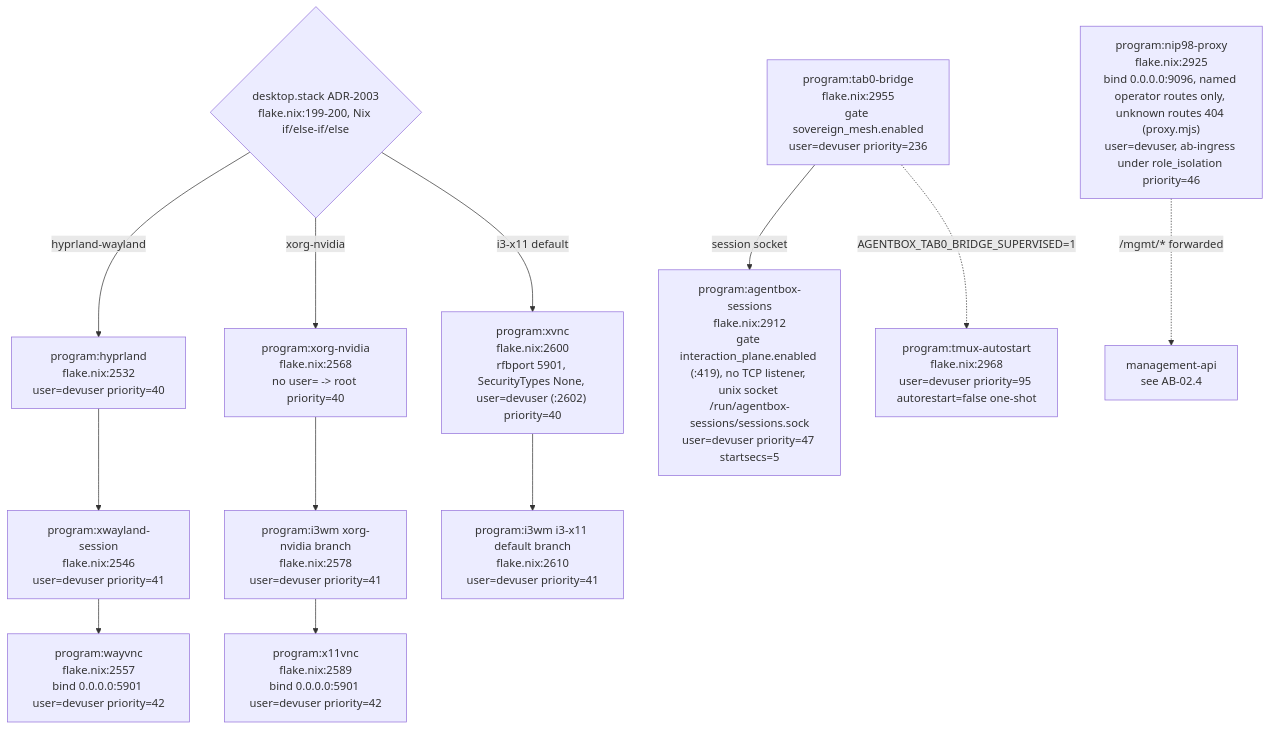
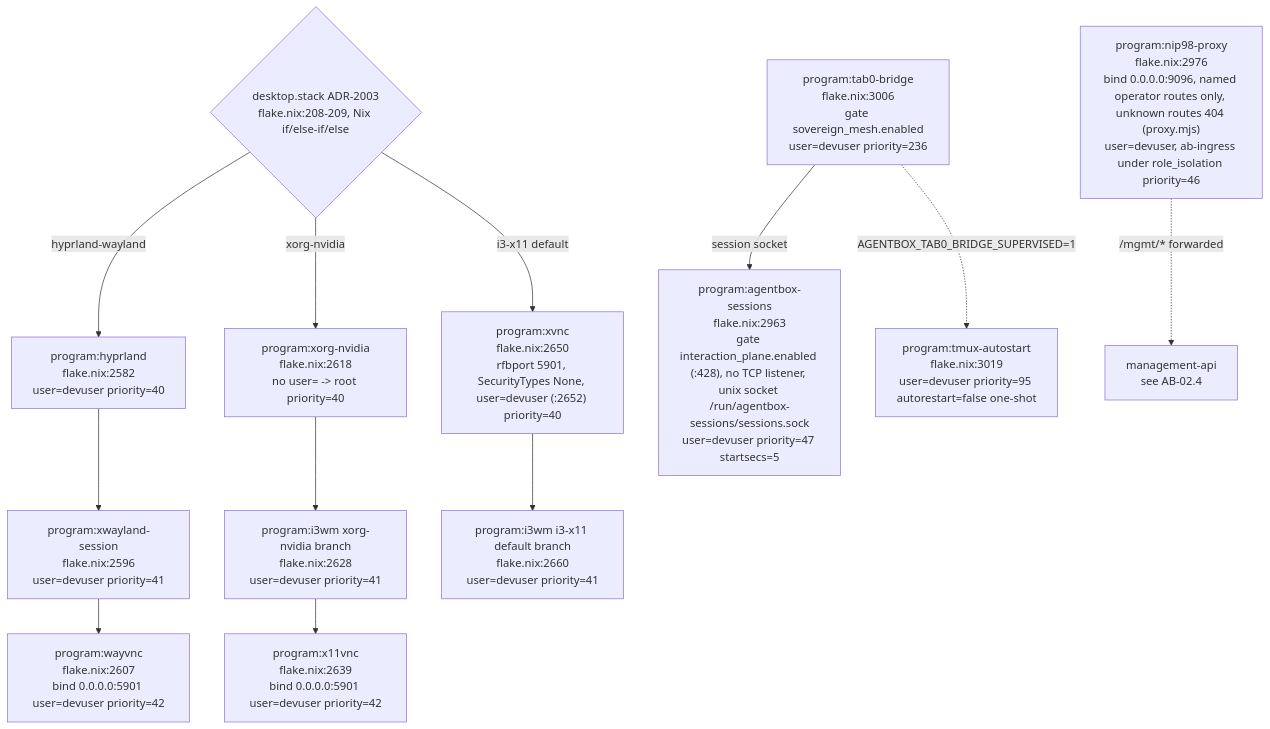
One commit to DreamLab-AI/VisionFlow changed the sixth of 21 diagrams in docs/diagrams/agentbox/02-boot-sequence-and-readiness.md. Above: the diagram before and after it, drawn with Mermaid. The commit also changed other lines of this file and 36 other files, not shown here.

First line of the commit message:
docs(diagrams): re-derive and re-stamp agentbox, dream-engine, visioncraft, visiontouch and vowl topics; drop LAN addresses

````diff
--- a/docs/diagrams/agentbox/02-boot-sequence-and-readiness.md
+++ b/docs/diagrams/agentbox/02-boot-sequence-and-readiness.md
@@ -333,23 +333,23 @@
 ```mermaid
 flowchart TB
-    GATESTACK{"desktop.stack ADR-2003<br/>flake.nix:199-200, Nix if/else-if/else"}
-    HYPR["program:hyprland<br/>flake.nix:2532<br/>user=devuser priority=40"]
-    XWAY["program:xwayland-session<br/>flake.nix:2546<br/>user=devuser priority=41"]
-    WAYVNC["program:wayvnc<br/>flake.nix:2557<br/>bind 0.0.0.0:5901 user=devuser priority=42"]
-    XORG["program:xorg-nvidia<br/>flake.nix:2568<br/>no user= -&gt; root priority=40"]
-    I3A["program:i3wm xorg-nvidia branch<br/>flake.nix:2578<br/>user=devuser priority=41"]
-    X11VNC["program:x11vnc<br/>flake.nix:2589<br/>bind 0.0.0.0:5901 user=devuser priority=42"]
-    XVNC["program:xvnc<br/>flake.nix:2600<br/>rfbport 5901, SecurityTypes None, user=devuser (:2602) priority=40"]
-    I3B["program:i3wm i3-x11 default branch<br/>flake.nix:2610<br/>user=devuser priority=41"]
-    SESS["program:agentbox-sessions<br/>flake.nix:2912<br/>gate interaction_plane.enabled (:419), no TCP listener, unix socket /run/agentbox-sessions/sessions.sock<br/>user=devuser priority=47 startsecs=5"]
-    NIP98["program:nip98-proxy<br/>flake.nix:2925<br/>bind 0.0.0.0:9096, named operator routes only, unknown routes 404 (proxy.mjs)<br/>user=devuser, ab-ingress under role_isolation priority=46"]
-    TAB0["program:tab0-bridge<br/>flake.nix:2955<br/>gate sovereign_mesh.enabled<br/>user=devuser priority=236"]
-    TMUX["program:tmux-autostart<br/>flake.nix:2968<br/>user=devuser priority=95 autorestart=false one-shot"]
+    GATESTACK{"desktop.stack ADR-2003<br/>flake.nix:208-209, Nix if/else-if/else"}
+    HYPR["program:hyprland<br/>flake.nix:2582<br/>user=devuser priority=40"]
+    XWAY["program:xwayland-session<br/>flake.nix:2596<br/>user=devuser priority=41"]
+    WAYVNC["program:wayvnc<br/>flake.nix:2607<br/>bind 0.0.0.0:5901 user=devuser priority=42"]
+    XORG["program:xorg-nvidia<br/>flake.nix:2618<br/>no user= -&gt; root priority=40"]
+    I3A["program:i3wm xorg-nvidia branch<br/>flake.nix:2628<br/>user=devuser priority=41"]
+    X11VNC["program:x11vnc<br/>flake.nix:2639<br/>bind 0.0.0.0:5901 user=devuser priority=42"]
+    XVNC["program:xvnc<br/>flake.nix:2650<br/>rfbport 5901, SecurityTypes None, user=devuser (:2652) priority=40"]
+    I3B["program:i3wm i3-x11 default branch<br/>flake.nix:2660<br/>user=devuser priority=41"]
+    SESS["program:agentbox-sessions<br/>flake.nix:2963<br/>gate interaction_plane.enabled (:428), no TCP listener, unix socket /run/agentbox-sessions/sessions.sock<br/>user=devuser priority=47 startsecs=5"]
+    NIP98["program:nip98-proxy<br/>flake.nix:2976<br/>bind 0.0.0.0:9096, named operator routes only, unknown routes 404 (proxy.mjs)<br/>user=devuser, ab-ingress under role_isolation priority=46"]
+    TAB0["program:tab0-bridge<br/>flake.nix:3006<br/>gate sovereign_mesh.enabled<br/>user=devuser priority=236"]
+    TMUX["program:tmux-autostart<br/>flake.nix:3019<br/>user=devuser priority=95 autorestart=false one-shot"]
 
     GATESTACK -->|"hyprland-wayland"| HYPR --> XWAY --> WAYVNC
     GATESTACK -->|"xorg-nvidia"| XORG --> I3A --> X11VNC
     GATESTACK -->|"i3-x11 default"| XVNC --> I3B
     TAB0 -->|"session socket"| SESS
     NIP98 -.->|"/mgmt/* forwarded"| MGMTREF["management-api<br/>see AB-02.4"]
     TAB0 -.->|"AGENTBOX_TAB0_BRIDGE_SUPERVISED=1"| TMUX
 ```
````
